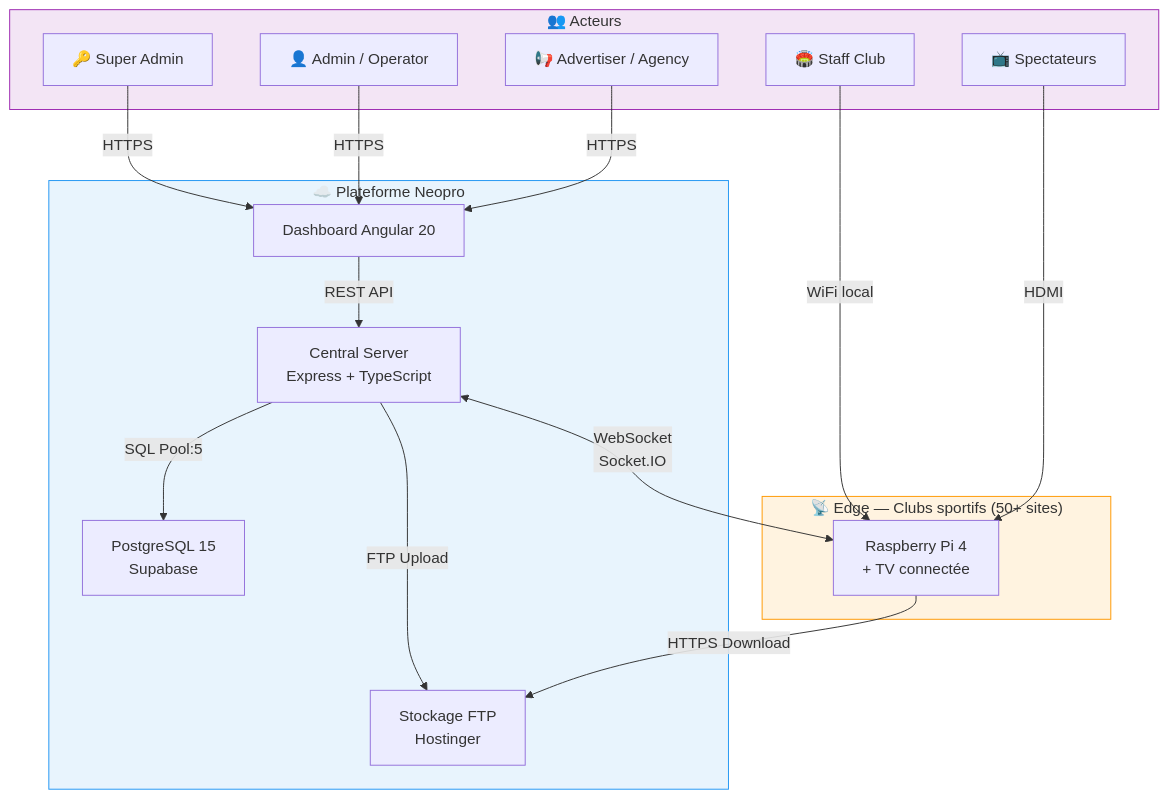
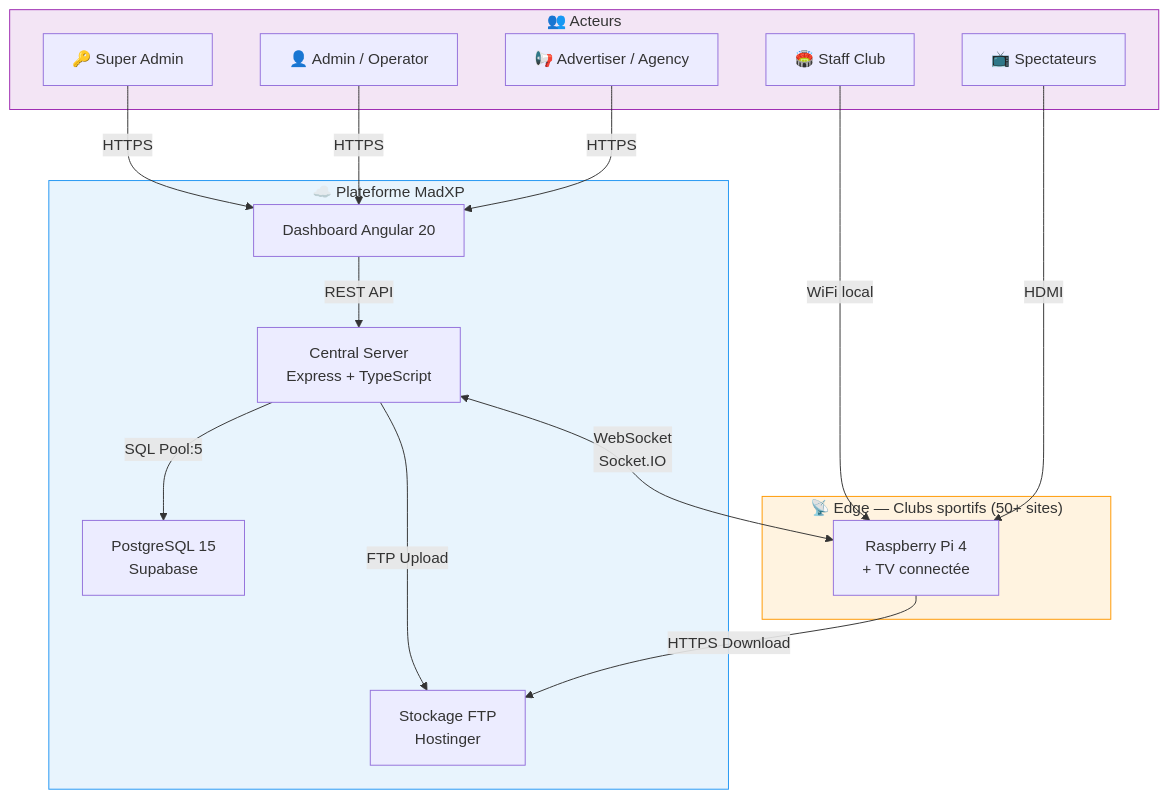
One commit to Tallec7/madxp changed the first of 5 diagrams in docs/technical/diagrams/05-architecture-c4.md. Above: the diagram before and after it, drawn with Mermaid. The commit also changed other lines of this file and 181 other files, not shown here.

First line of the commit message:
docs(rebrand): rename brand mentions Neopro→MadXP (PR 1/N)

````diff
--- a/docs/technical/diagrams/05-architecture-c4.md
+++ b/docs/technical/diagrams/05-architecture-c4.md
@@ -7,37 +7,37 @@
 ```mermaid
 graph TB
     subgraph ACTORS["👥 Acteurs"]
         SA["🔑 Super Admin"]
         ADM["👤 Admin / Operator"]
         ADV["📢 Advertiser / Agency"]
         CLUB["🏟️ Staff Club"]
         TV["📺 Spectateurs"]
     end
 
-    subgraph NEOPRO["☁️ Plateforme Neopro"]
+    subgraph NEOPRO["☁️ Plateforme MadXP"]
         DASH["Dashboard Angular 20"]
         API["Central Server<br/>Express + TypeScript"]
         DB["PostgreSQL 15<br/>Supabase"]
         FTP["Stockage FTP<br/>Hostinger"]
     end
 
     subgraph EDGE["📡 Edge — Clubs sportifs (50+ sites)"]
         PI["Raspberry Pi 4<br/>+ TV connectée"]
     end
 
     SA -->|"HTTPS"| DASH
     ADM -->|"HTTPS"| DASH
     ADV -->|"HTTPS"| DASH
     CLUB -->|"WiFi local"| PI
     TV -->|"HDMI"| PI
 
     DASH -->|"REST API"| API
     API -->|"SQL Pool:5"| DB
     API -->|"FTP Upload"| FTP
     API <-->|"WebSocket<br/>Socket.IO"| PI
     PI -->|"HTTPS Download"| FTP
 
     style NEOPRO fill:#e8f4fd,stroke:#2196F3
     style EDGE fill:#fff3e0,stroke:#FF9800
     style ACTORS fill:#f3e5f5,stroke:#9C27B0
 ```
````
